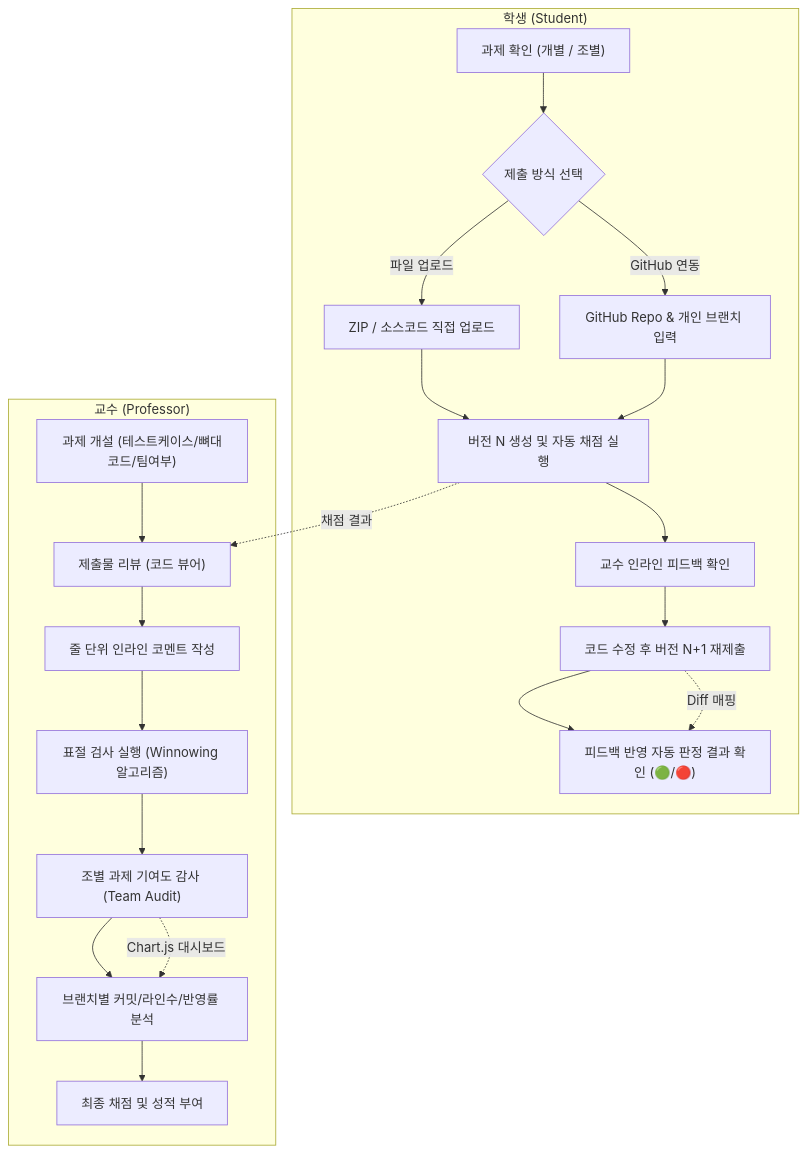
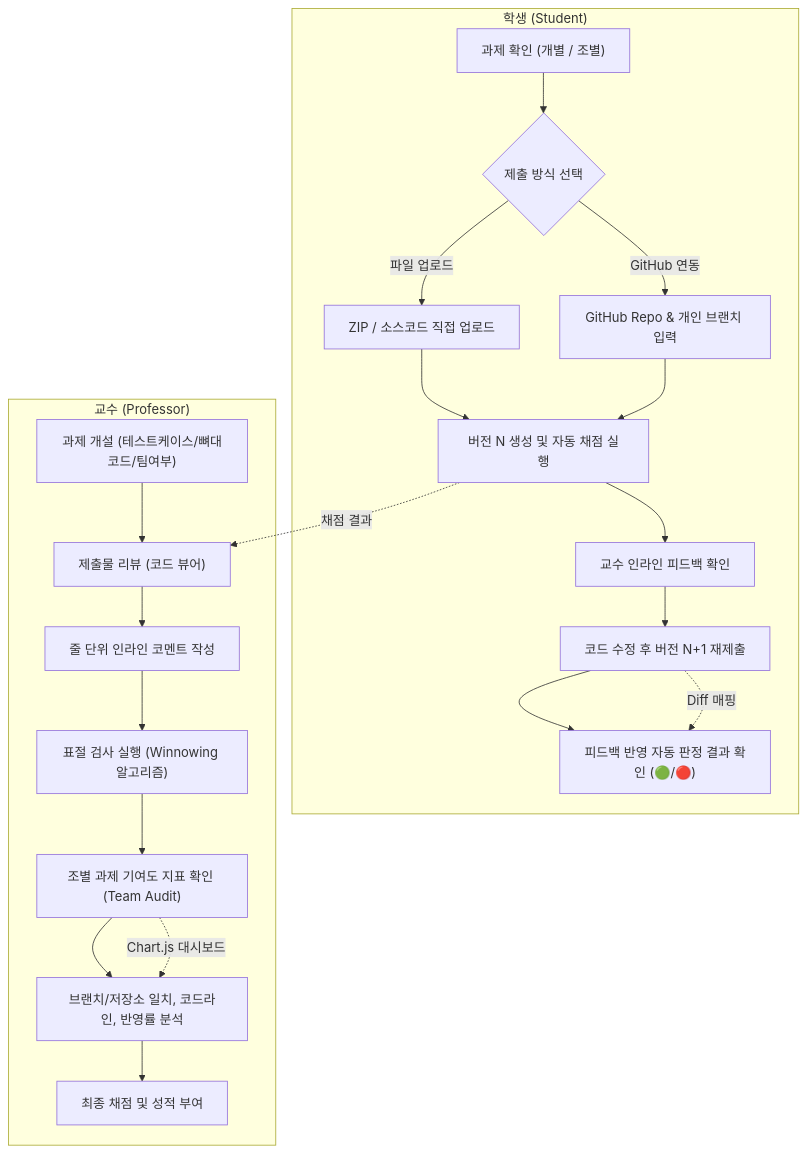
Before and after one commit to ksw1295/submithub: the diagram in docs/SUBMITHUB_FEATURES.md, drawn with Mermaid. The commit also changed other lines of this file and 1 other file, not shown here.

````diff
--- a/docs/SUBMITHUB_FEATURES.md
+++ b/docs/SUBMITHUB_FEATURES.md
@@ -27,26 +27,26 @@
 ```mermaid
 flowchart TD
     subgraph StudentFlow["학생 (Student)"]
         S1["과제 확인 (개별 / 조별)"] --> S2{"제출 방식 선택"}
         S2 -->|파일 업로드| S3["ZIP / 소스코드 직접 업로드"]
         S2 -->|GitHub 연동| S4["GitHub Repo & 개인 브랜치 입력"]
         S3 --> S5["버전 N 생성 및 자동 채점 실행"]
         S4 --> S5
         S5 --> S6["교수 인라인 피드백 확인"]
         S6 --> S7["코드 수정 후 버전 N+1 재제출"]
         S7 --> S8["피드백 반영 자동 판정 결과 확인 (🟢/🔴)"]
     end
 
     subgraph ProfFlow["교수 (Professor)"]
         P1["과제 개설 (테스트케이스/뼈대코드/팀여부)"] --> P2["제출물 리뷰 (코드 뷰어)"]
         P2 --> P3["줄 단위 인라인 코멘트 작성"]
         P3 --> P4["표절 검사 실행 (Winnowing 알고리즘)"]
-        P4 --> P5["조별 과제 기여도 감사 (Team Audit)"]
-        P5 --> P6["브랜치별 커밋/라인수/반영률 분석"]
+        P4 --> P5["조별 과제 기여도 지표 확인 (Team Audit)"]
+        P5 --> P6["브랜치/저장소 일치, 코드라인, 반영률 분석"]
         P6 --> P7["최종 채점 및 성적 부여"]
     end
 
     S5 -.->|채점 결과| P2
     S7 -.->|Diff 매핑| S8
     P5 -.->|Chart.js 대시보드| P6
 ```
````
